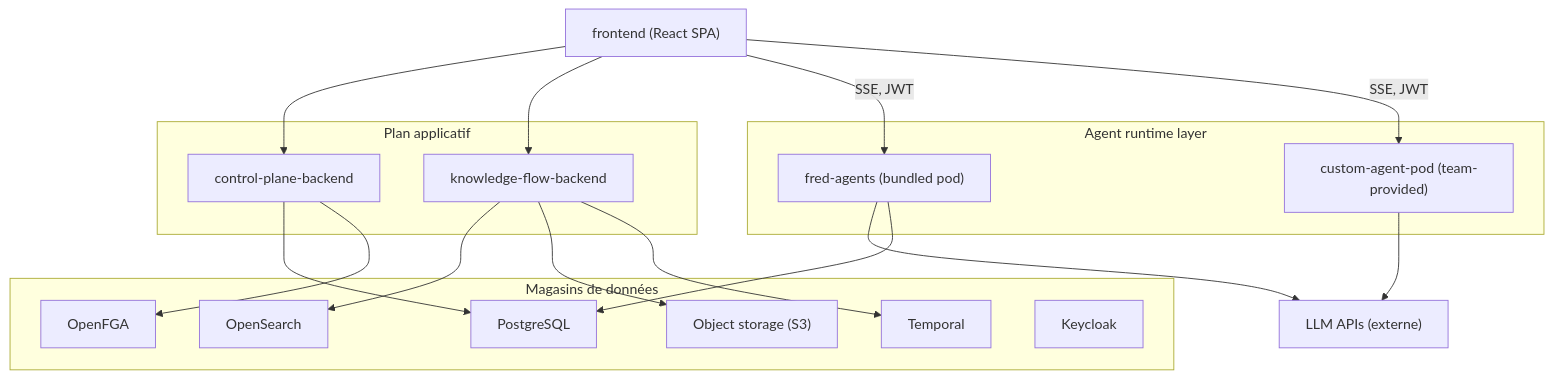
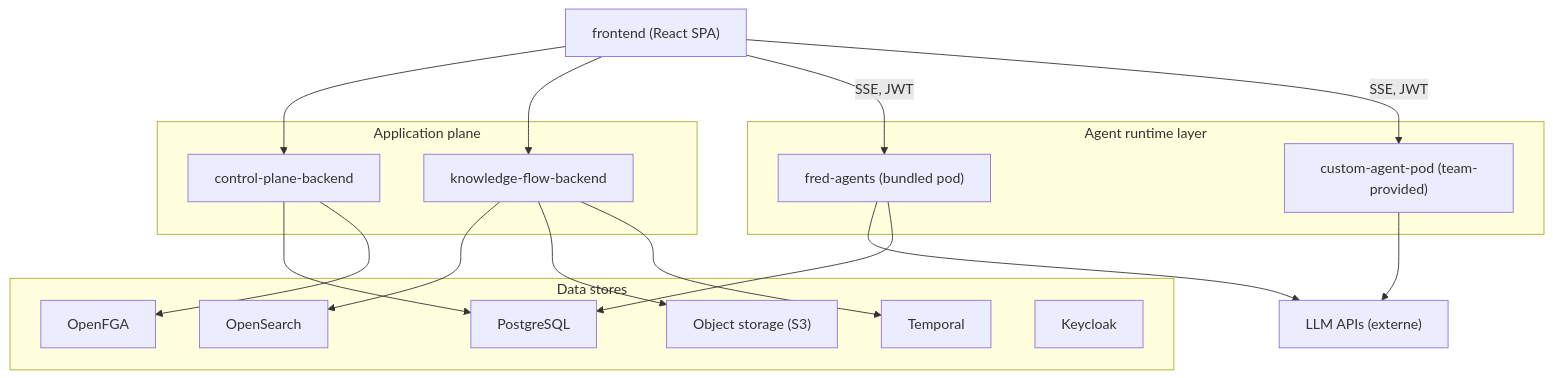
One commit to ThalesGroup/fred changed the first of 2 diagrams in apps/frontend/src/rework/features/helpCenter/content/fr/architecture/index.md. Above: the diagram before and after it, drawn with Mermaid. The commit also changed other lines of this file and 3 other files, not shown here.

First line of the commit message:
docs(HELP-01): keep general IT terms in English in the FR Architecture pages

````diff
--- a/apps/frontend/src/rework/features/helpCenter/content/fr/architecture/index.md
+++ b/apps/frontend/src/rework/features/helpCenter/content/fr/architecture/index.md
@@ -25,38 +23,38 @@
 ```mermaid
 flowchart TB
   FE["frontend (React SPA)"]
 
-  subgraph plane["Plan applicatif"]
+  subgraph plane["Application plane"]
     CP["control-plane-backend"]
     KF["knowledge-flow-backend"]
   end
 
   subgraph runtime["Agent runtime layer"]
     FA["fred-agents (bundled pod)"]
     CA["custom-agent-pod (team-provided)"]
   end
 
-  subgraph infra["Magasins de données"]
+  subgraph infra["Data stores"]
     PG["PostgreSQL"]
     OS["OpenSearch"]
     OBJ["Object storage (S3)"]
     TMP["Temporal"]
     FGA["OpenFGA"]
     KC["Keycloak"]
   end
 
   LLM["LLM APIs (externe)"]
 
   FE --> CP
   FE --> KF
   FE -->|"SSE, JWT"| FA
   FE -->|"SSE, JWT"| CA
   CP --> PG
   CP --> FGA
   KF --> OS
   KF --> OBJ
   KF --> TMP
   FA --> LLM
   CA --> LLM
   FA --> PG
 ```
````
